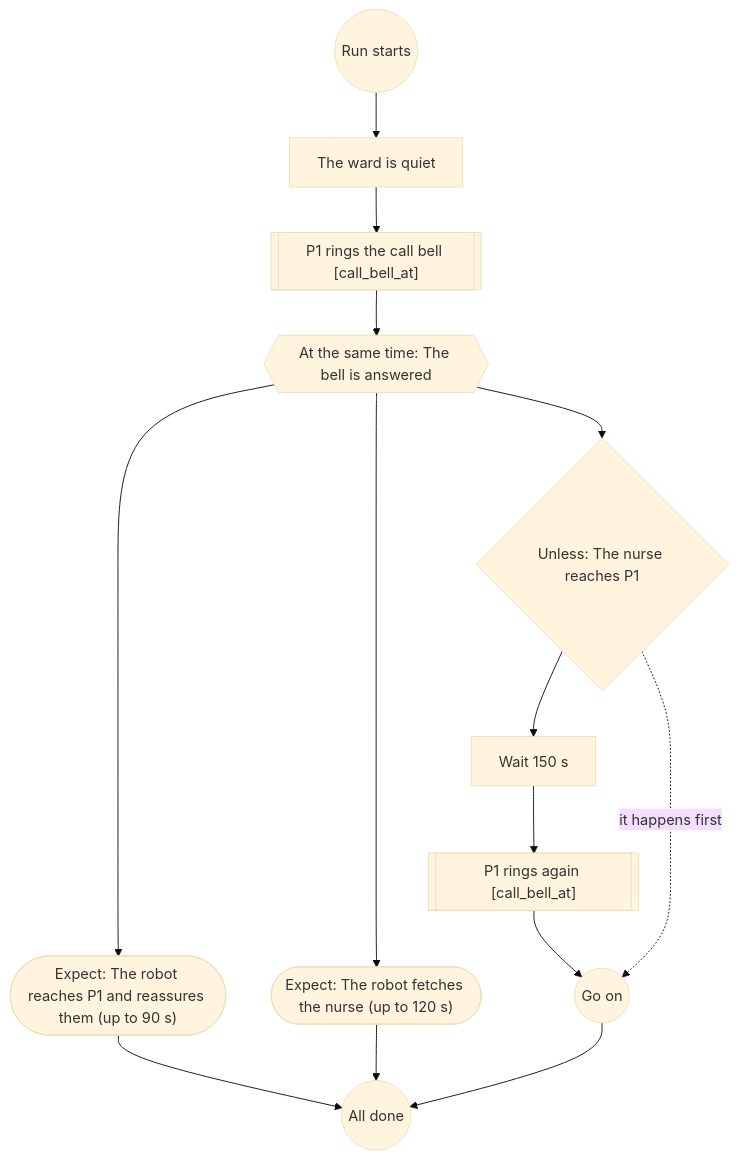
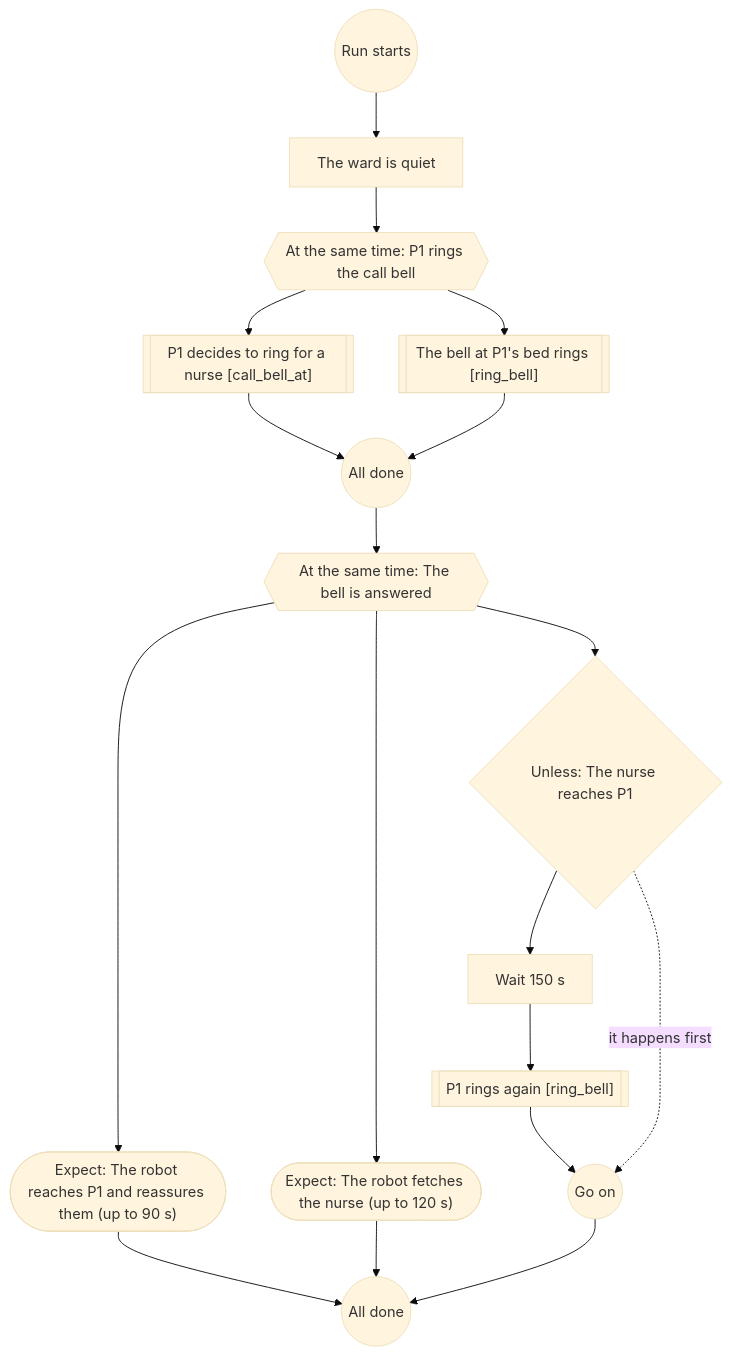
Before and after one commit to Bkrakshith/hospital-sim-agents: the fourth of 9 diagrams in docs/scenario-flows.md, drawn with Mermaid (base theme). The commit also changed other lines of this file and 6 other files, not shown here.

First line of the commit message:
People can follow a nurse and sit down without naming a seat; the bell flows ring the bell for certain

````diff
--- a/docs/scenario-flows.md
+++ b/docs/scenario-flows.md
@@ -110,27 +112,34 @@
 ```mermaid
 flowchart TD
   n1(("Run starts"))
   n2["The ward is quiet"]
   n1 --> n2
-  n3[["P1 rings the call bell [call_bell_at]"]]
+  n3{{"At the same time: P1 rings the call bell"}}
   n2 --> n3
-  n4{{"At the same time: The bell is answered"}}
+  n4[["P1 decides to ring for a nurse [call_bell_at]"]]
   n3 --> n4
-  n5(["Expect: The robot reaches P1 and reassures them (up to 90 s)"])
-  n4 --> n5
-  n6(["Expect: The robot fetches the nurse (up to 120 s)"])
+  n5[["The bell at P1's bed rings [ring_bell]"]]
+  n3 --> n5
+  n6(("All done"))
   n4 --> n6
-  n7{"Unless: The nurse reaches P1"}
-  n4 --> n7
-  n8["Wait 150 s"]
+  n5 --> n6
+  n7{{"At the same time: The bell is answered"}}
+  n6 --> n7
+  n8(["Expect: The robot reaches P1 and reassures them (up to 90 s)"])
   n7 --> n8
-  n9[["P1 rings again [call_bell_at]"]]
-  n8 --> n9
-  n10(("Go on"))
-  n9 --> n10
-  n7 -.->|it happens first| n10
-  n11(("All done"))
-  n5 --> n11
-  n6 --> n11
+  n9(["Expect: The robot fetches the nurse (up to 120 s)"])
+  n7 --> n9
+  n10{"Unless: The nurse reaches P1"}
+  n7 --> n10
+  n11["Wait 150 s"]
   n10 --> n11
+  n12[["P1 rings again [ring_bell]"]]
+  n11 --> n12
+  n13(("Go on"))
+  n12 --> n13
+  n10 -.->|it happens first| n13
+  n14(("All done"))
+  n8 --> n14
+  n9 --> n14
+  n13 --> n14
 ```
````
